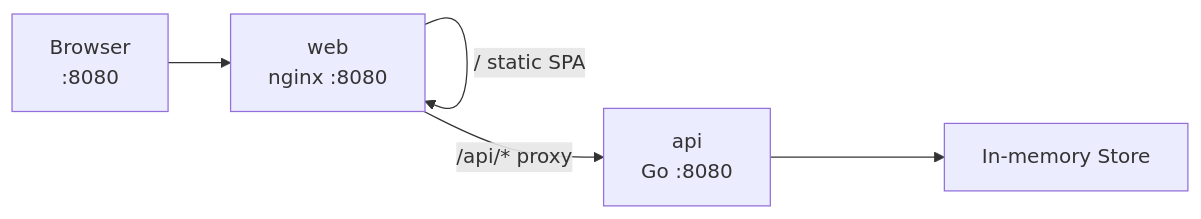
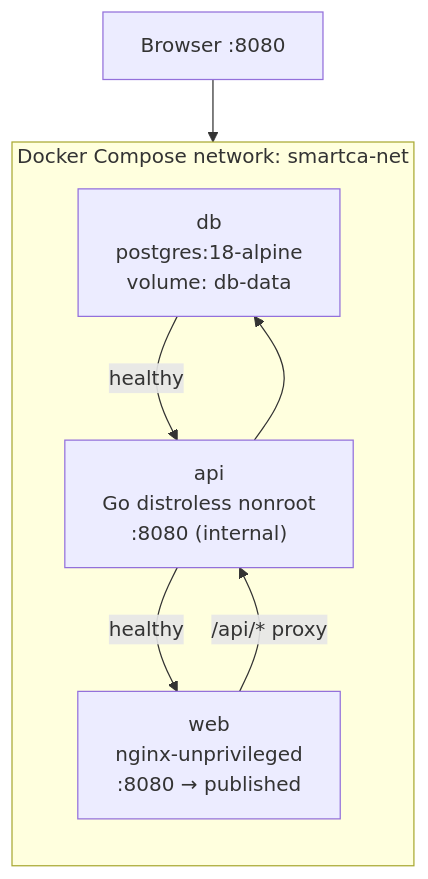
The second of 4 diagrams in README.md (JagtapAvadhut/SmartCA), drawn with Mermaid before and after one commit. The commit also changed other lines of this file and 174 other files, not shown here.

````diff
--- a/README.md
+++ b/README.md
@@ -137,7 +57,11 @@
 ```mermaid
-flowchart LR
-  B["Browser\n:8080"] --> W["web\nnginx :8080"]
-  W -->|"/ static SPA"| W
-  W -->|"/api/* proxy"| A["api\nGo :8080"]
-  A --> M["In-memory Store"]
+flowchart TB
+  subgraph compose["Docker Compose network: smartca-net"]
+    direction TB
+    DB["db\npostgres:18-alpine\nvolume: db-data"] -->|"healthy"| API["api\nGo distroless nonroot\n:8080 (internal)"]
+    API -->|"healthy"| WEB["web\nnginx-unprivileged\n:8080 → published"]
+  end
+  Browser["Browser :8080"] --> WEB
+  WEB -->|"/api/* proxy"| API
+  API --> DB
 ```
````
